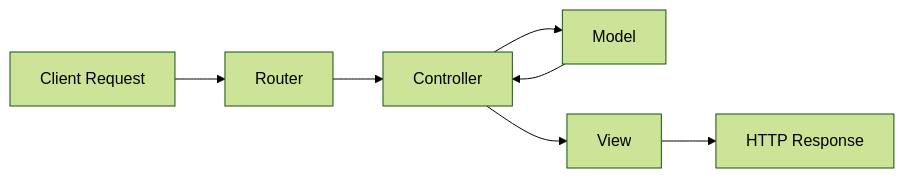
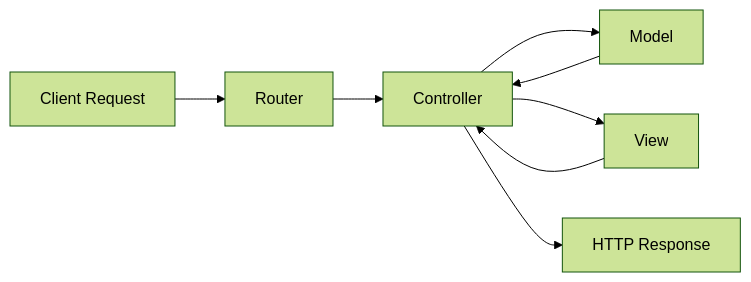
Before and after one commit to ysengoku/camagru: the diagram in doc/MVC.md, drawn with Mermaid (forest theme). The commit also changed 10 other files, not shown here.

First line of the commit message:
doc: rewrite ARCHITECTURE.md and AUTH.md, fix issues found along the way

````diff
--- a/doc/MVC.md
+++ b/doc/MVC.md
@@ -26,9 +26,10 @@
 ```mermaid
 flowchart LR
 	 A[Client Request] --> B[Router]
 	 B --> C[Controller]
 	 C --> D[Model]
 	 D --> C
 	 C --> E[View]
-	 E --> F[HTTP Response]
+	 E --> C
+	 C --> F[HTTP Response]
 ```
````
